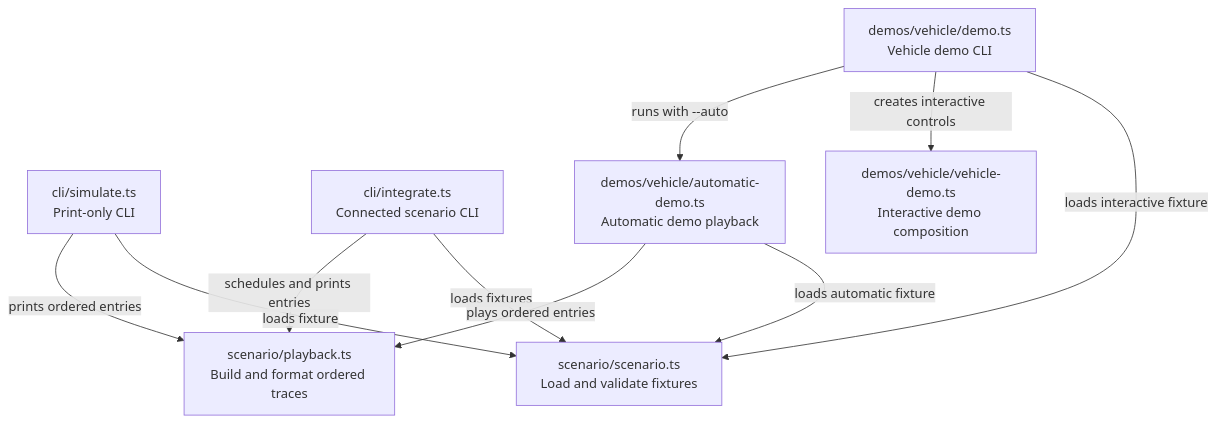
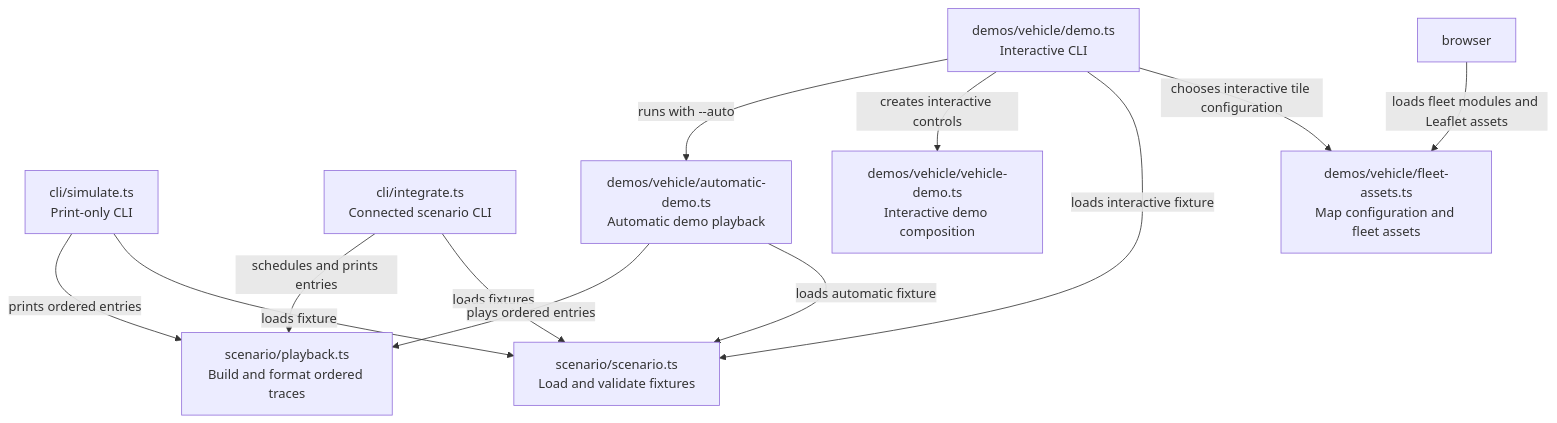
The first of 8 diagrams in incubator/workbench/docs/source-map.md (sproates/zooglass), drawn with Mermaid before and after one commit. The commit also changed other lines of this file and 99 other files, not shown here.

````diff
--- a/incubator/workbench/docs/source-map.md
+++ b/incubator/workbench/docs/source-map.md
@@ -55,19 +55,23 @@
 ```mermaid
 flowchart TB
   index["cli/simulate.ts<br/>Print-only CLI"]
   integration["cli/integrate.ts<br/>Connected scenario CLI"]
   demo["demos/vehicle/demo.ts<br/>Vehicle demo CLI"]
   scenario["scenario/scenario.ts<br/>Load and validate fixtures"]
   playback["scenario/playback.ts<br/>Build and format ordered traces"]
   vehicle["demos/vehicle/vehicle-demo.ts<br/>Interactive demo composition"]
+  demo["demos/vehicle/demo.ts<br/>Interactive CLI"]
+  fleetAssets["demos/vehicle/fleet-assets.ts<br/>Map configuration and fleet assets"]
+  demo -->|chooses interactive tile configuration| fleetAssets
+  browser -->|loads fleet modules and Leaflet assets| fleetAssets
   automatic["demos/vehicle/automatic-demo.ts<br/>Automatic demo playback"]
   index -->|loads fixture| scenario
   index -->|prints ordered entries| playback
   integration -->|loads fixtures| scenario
   integration -->|schedules and prints entries| playback
   demo -->|loads interactive fixture| scenario
   demo -->|creates interactive controls| vehicle
   demo -->|runs with --auto| automatic
   automatic -->|loads automatic fixture| scenario
   automatic -->|plays ordered entries| playback
 ```
````
